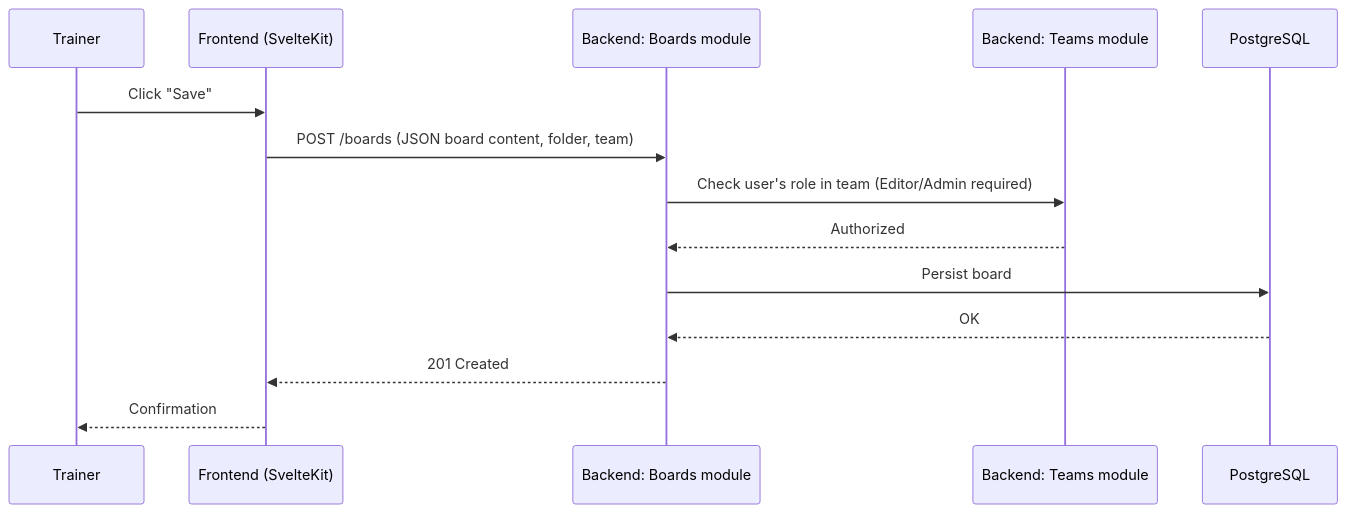
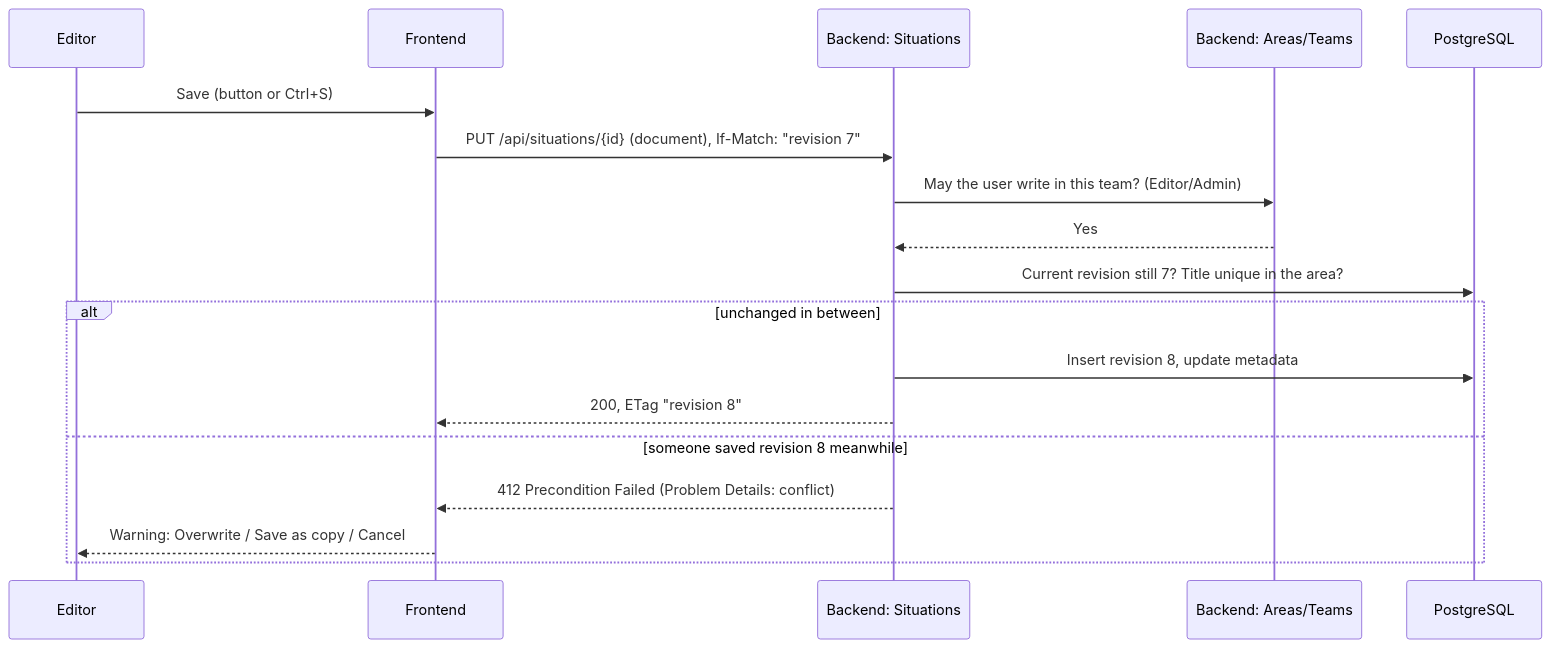
The second of 2 diagrams in docs/arc42/06_runtime_view.md (SvBrunner/TacticalBoard), drawn with Mermaid before and after one commit. The commit also changed other lines of this file and 10 other files, not shown here.

Commit message:
docs: specify phase 2 backend architecture and requirements

````diff
--- a/docs/arc42/06_runtime_view.md
+++ b/docs/arc42/06_runtime_view.md
@@ -29,17 +32,21 @@
 ```mermaid
 sequenceDiagram
-    participant U as Trainer
-    participant F as Frontend (SvelteKit)
-    participant B as Backend: Boards module
-    participant T as Backend: Teams module
+    participant U as Editor
+    participant F as Frontend
+    participant S as Backend: Situations
+    participant A as Backend: Areas/Teams
     participant DB as PostgreSQL
 
-    U->>F: Click "Save"
-    F->>B: POST /boards (JSON board content, folder, team)
-    B->>T: Check user's role in team (Editor/Admin required)
-    T-->>B: Authorized
-    B->>DB: Persist board
-    DB-->>B: OK
-    B-->>F: 201 Created
-    F-->>U: Confirmation
+    U->>F: Save (button or Ctrl+S)
+    F->>S: PUT /api/situations/{id} (document), If-Match: "revision 7"
+    S->>A: May the user write in this team? (Editor/Admin)
+    A-->>S: Yes
+    S->>DB: Current revision still 7? Title unique in the area?
+    alt unchanged in between
+        S->>DB: Insert revision 8, update metadata
+        S-->>F: 200, ETag "revision 8"
+    else someone saved revision 8 meanwhile
+        S-->>F: 412 Precondition Failed (Problem Details: conflict)
+        F-->>U: Warning: Overwrite / Save as copy / Cancel
+    end
 ```
````
